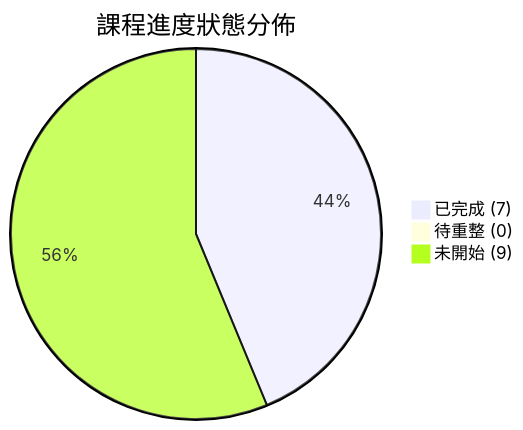
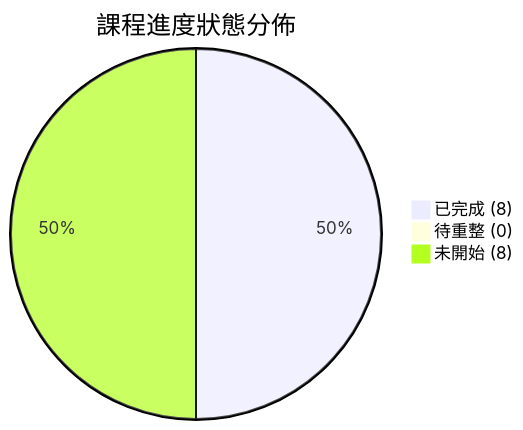
Before and after one commit to Jimlin0428/my-digital-garden: the diagram in src/site/notes/04_主題選修/10_創業與企業財務策略/00_課程導航與進度/progress_📊 課程與筆記進度追蹤.md, drawn with Mermaid. The commit also changed other lines of this file and 99 other files, not shown here.

````diff
--- a/src/site/notes/04_主題選修/10_創業與企業財務策略/00_課程導航與進度/progress_📊 課程與筆記進度追蹤.md
+++ b/src/site/notes/04_主題選修/10_創業與企業財務策略/00_課程導航與進度/progress_📊 課程與筆記進度追蹤.md
@@ -28,6 +28,6 @@
 ```mermaid
 pie title 課程進度狀態分佈
-    "已完成 (7)" : 7
+    "已完成 (8)" : 8
     "待重整 (0)" : 0
-    "未開始 (9)" : 9
+    "未開始 (8)" : 8
 ```
````
